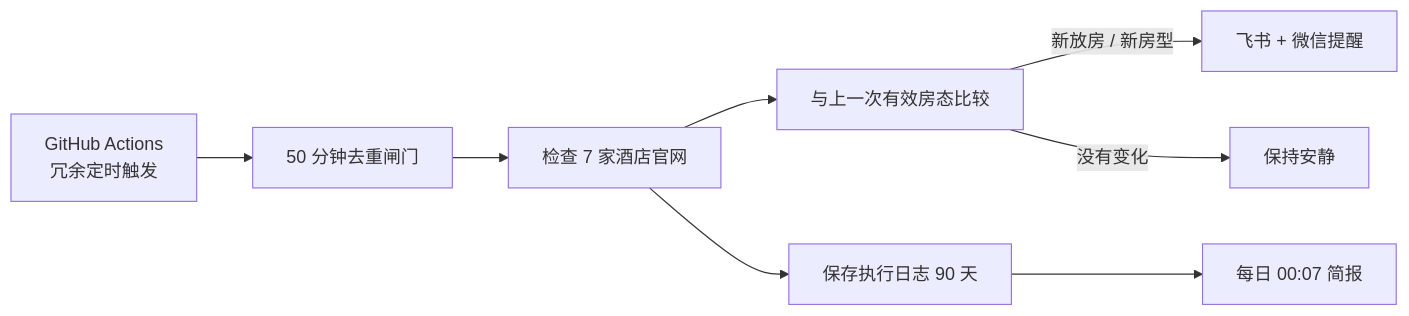
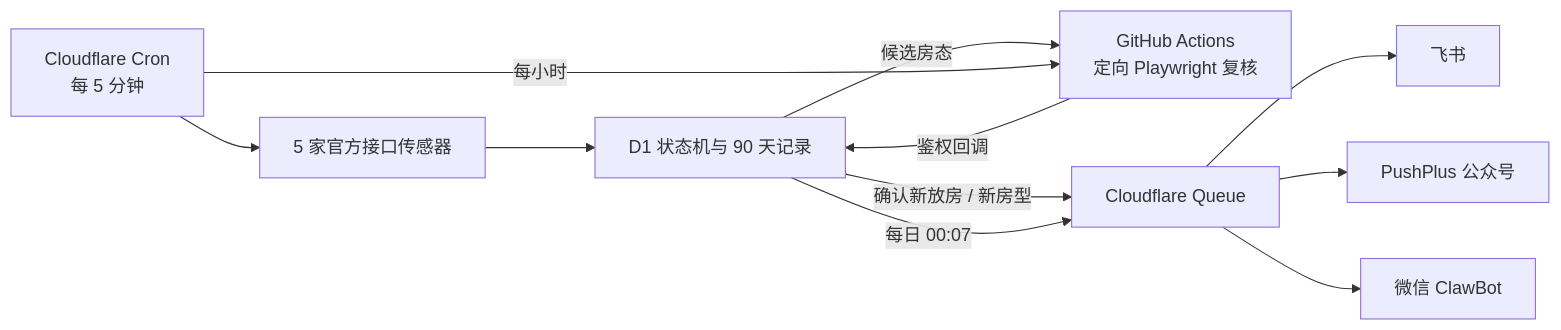
One commit to biblioth/tekapo-hotel-monitor changed the diagram in README.md. Above: the diagram before and after it, drawn with Mermaid. The commit also changed other lines of this file, not shown here.

````diff
--- a/README.md
+++ b/README.md
@@ -81,10 +81,13 @@
 ```mermaid
 flowchart LR
-    A[GitHub Actions<br/>冗余定时触发] --> B[50 分钟去重闸门]
-    B --> C[检查 7 家酒店官网]
-    C --> D[与上一次有效房态比较]
-    D -->|新放房 / 新房型| E[飞书 + 微信提醒]
-    D -->|没有变化| F[保持安静]
-    C --> G[保存执行日志 90 天]
-    G --> H[每日 00:07 简报]
+    A[Cloudflare Cron<br/>每 5 分钟] --> B[5 家官方接口传感器]
+    B --> C[D1 状态机与 90 天记录]
+    C -->|候选房态| D[GitHub Actions<br/>定向 Playwright 复核]
+    A -->|每小时| D
+    D -->|鉴权回调| C
+    C -->|确认新放房 / 新房型| E[Cloudflare Queue]
+    E --> F[飞书]
+    E --> G[PushPlus 公众号]
+    E --> H[微信 ClawBot]
+    C -->|每日 00:07| E
 ```
````
